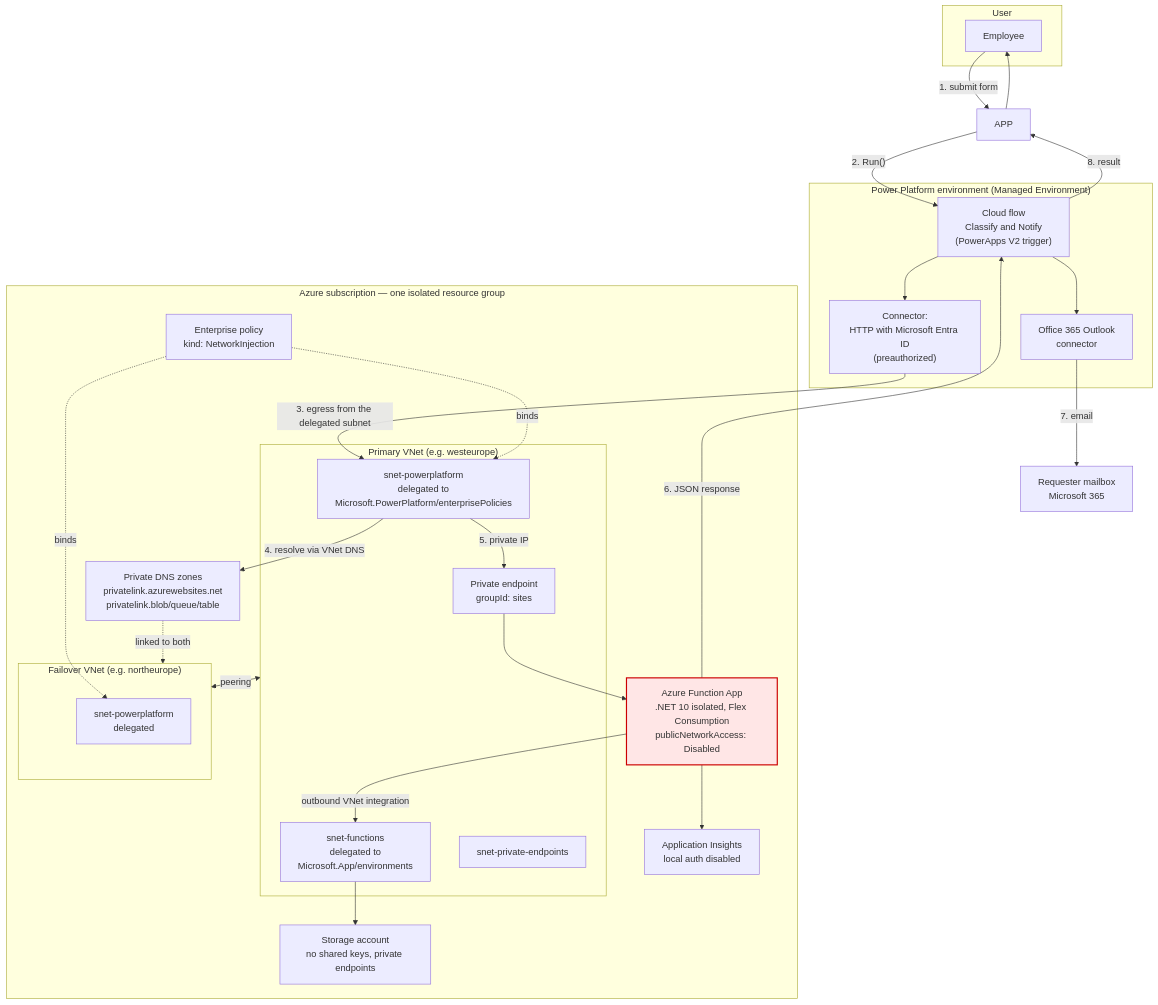
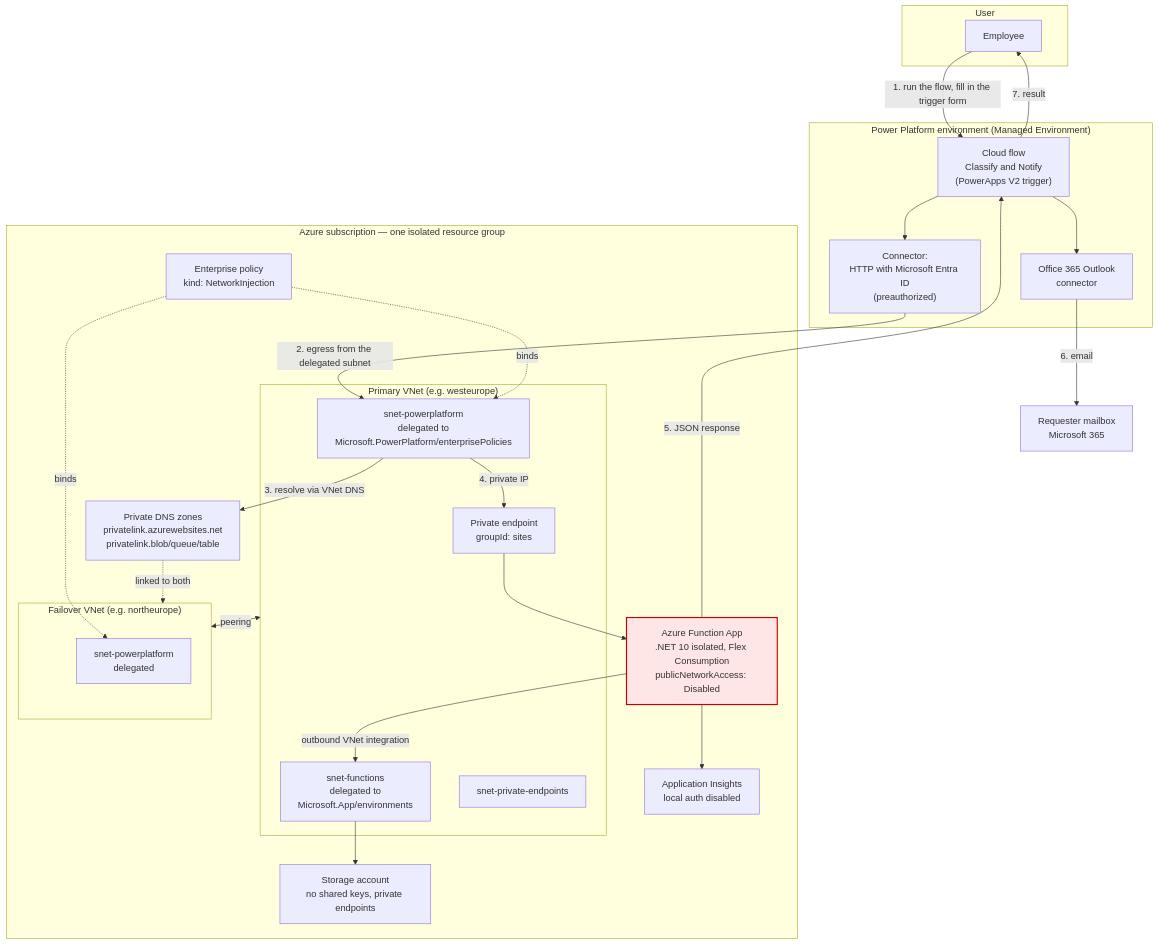
One commit to tinodo/secure-request-classifier changed the first of 3 diagrams in README.md. Above: the diagram before and after it, drawn with Mermaid. The commit also changed other lines of this file and 18 other files, not shown here.

````diff
--- a/README.md
+++ b/README.md
@@ -45,55 +44,54 @@
 ```mermaid
 flowchart TB
     subgraph user["User"]
         U["Employee"]
     end
 
     subgraph pp["Power Platform environment (Managed Environment)"]
         FLOW["Cloud flow<br/>Classify and Notify<br/>(PowerApps V2 trigger)"]
         CONN["Connector:<br/>HTTP with Microsoft Entra ID<br/>(preauthorized)"]
         O365["Office 365 Outlook<br/>connector"]
     end
 
     subgraph azure["Azure subscription — one isolated resource group"]
         subgraph vnet1["Primary VNet (e.g. westeurope)"]
             SNETPP1["snet-powerplatform<br/>delegated to<br/>Microsoft.PowerPlatform/enterprisePolicies"]
             SNETFN["snet-functions<br/>delegated to<br/>Microsoft.App/environments"]
             SNETPE["snet-private-endpoints"]
             PE["Private endpoint<br/>groupId: sites"]
         end
 
         subgraph vnet2["Failover VNet (e.g. northeurope)"]
             SNETPP2["snet-powerplatform<br/>delegated"]
         end
 
         DNS["Private DNS zones<br/>privatelink.azurewebsites.net<br/>privatelink.blob/queue/table"]
         FUNC["Azure Function App<br/>.NET 10 isolated, Flex Consumption<br/>publicNetworkAccess: Disabled"]
         ST["Storage account<br/>no shared keys, private endpoints"]
         AI["Application Insights<br/>local auth disabled"]
         EP["Enterprise policy<br/>kind: NetworkInjection"]
     end
 
     MAIL["Requester mailbox<br/>Microsoft 365"]
 
-    U -->|"1. submit form"| APP
-    APP -->|"2. Run()"| FLOW
+    U -->|"1. run the flow, fill in the trigger form"| FLOW
     FLOW --> CONN
-    CONN -->|"3. egress from the delegated subnet"| SNETPP1
-    SNETPP1 -->|"4. resolve via VNet DNS"| DNS
-    SNETPP1 -->|"5. private IP"| PE
+    CONN -->|"2. egress from the delegated subnet"| SNETPP1
+    SNETPP1 -->|"3. resolve via VNet DNS"| DNS
+    SNETPP1 -->|"4. private IP"| PE
     PE --> FUNC
     FUNC -->|"outbound VNet integration"| SNETFN
     SNETFN --> ST
     FUNC --> AI
-    FUNC -->|"6. JSON response"| FLOW
-    FLOW --> O365 -->|"7. email"| MAIL
-    FLOW -->|"8. result"| APP --> U
+    FUNC -->|"5. JSON response"| FLOW
+    FLOW --> O365 -->|"6. email"| MAIL
+    FLOW -->|"7. result"| U
 
     EP -.->|"binds"| SNETPP1
     EP -.->|"binds"| SNETPP2
     vnet2 <-->|"peering"| vnet1
     DNS -.->|"linked to both"| vnet2
 
     classDef disabled fill:#ffe6e6,stroke:#c00,stroke-width:2px
     class FUNC disabled
 ```
````
